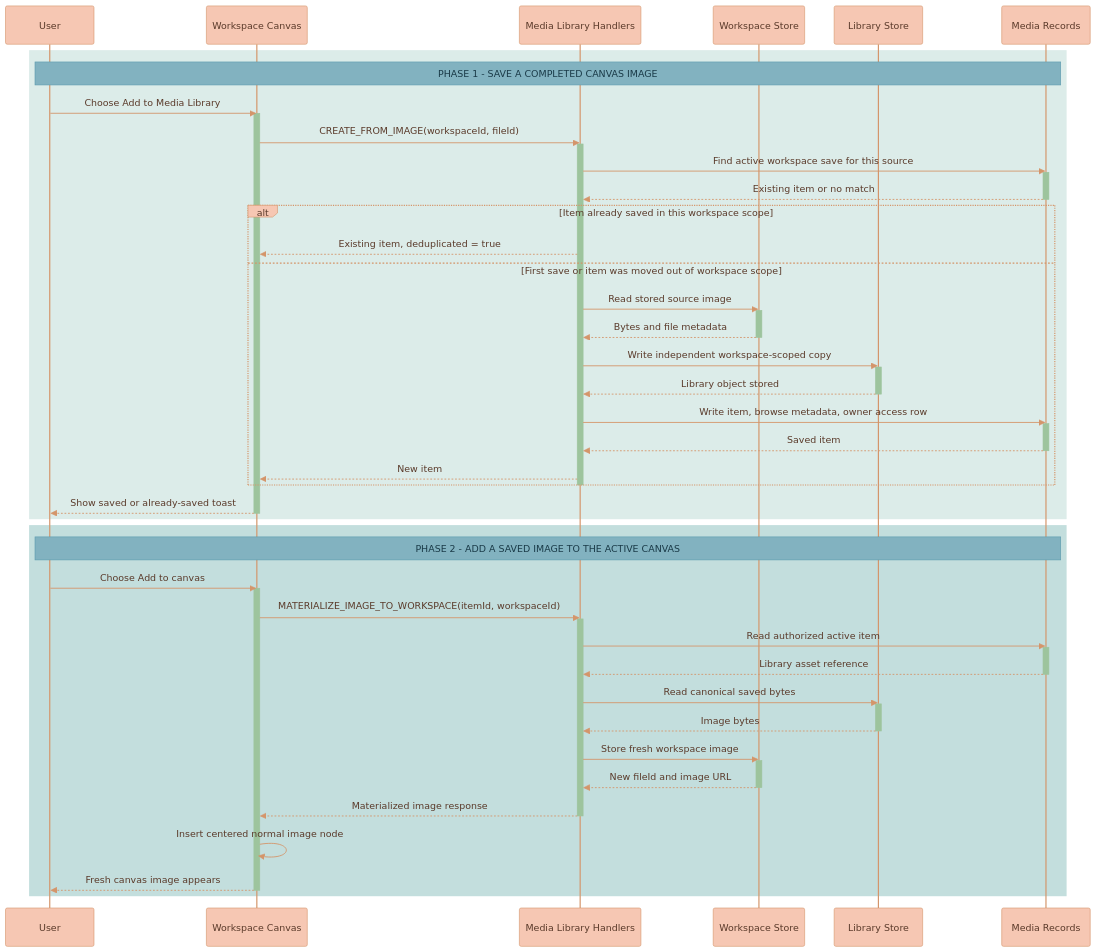
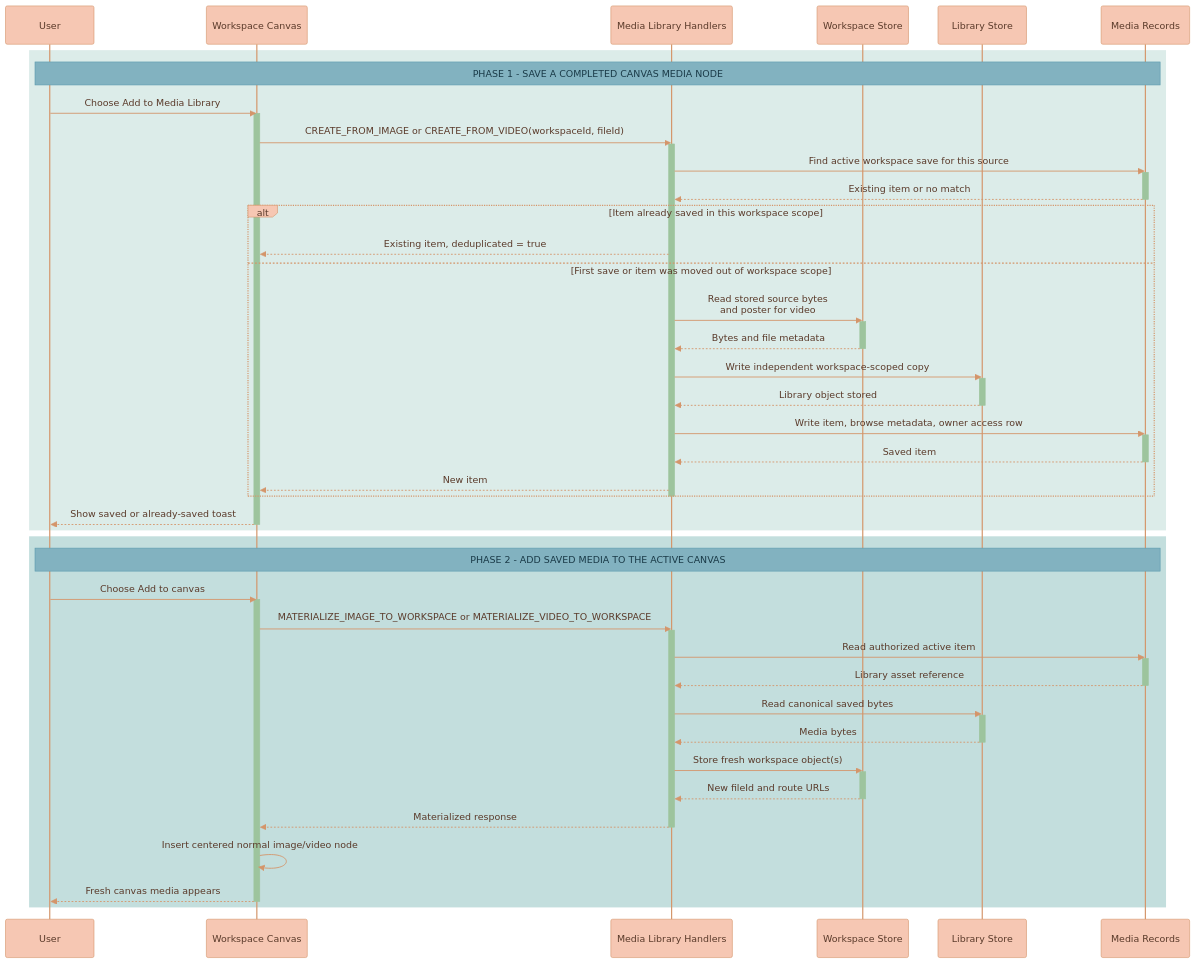
One commit to Lixpi/lixpi changed the second of 2 diagrams in documentation/features/MEDIA-LIBRARY.md. Above: the diagram before and after it, drawn with Mermaid. The commit also changed other lines of this file and 13 other files, not shown here.

````diff
--- a/documentation/features/MEDIA-LIBRARY.md
+++ b/documentation/features/MEDIA-LIBRARY.md
@@ -160,67 +167,67 @@
 ```mermaid
 %%{init: {'theme': 'base', 'themeVariables': { 'noteBkgColor': '#82B2C0', 'noteTextColor': '#1a3a47', 'noteBorderColor': '#5a9aad', 'actorBkg': '#F6C7B3', 'actorBorder': '#d4956a', 'actorTextColor': '#5a3a2a', 'actorLineColor': '#d4956a', 'signalColor': '#d4956a', 'signalTextColor': '#5a3a2a', 'labelBoxBkgColor': '#F6C7B3', 'labelBoxBorderColor': '#d4956a', 'labelTextColor': '#5a3a2a', 'loopTextColor': '#5a3a2a', 'activationBorderColor': '#9DC49D', 'activationBkgColor': '#9DC49D', 'sequenceNumberColor': '#5a3a2a'}}}%%
 sequenceDiagram
     participant User
     participant Canvas as Workspace Canvas
     participant Media as Media Library Handlers
     participant WS as Workspace Store
     participant LS as Library Store
     participant DB as Media Records
 
     rect rgb(220, 236, 233)
-        Note over User, DB: PHASE 1 - SAVE A COMPLETED CANVAS IMAGE
+        Note over User, DB: PHASE 1 - SAVE A COMPLETED CANVAS MEDIA NODE
         User->>Canvas: Choose Add to Media Library
         activate Canvas
-        Canvas->>Media: CREATE_FROM_IMAGE(workspaceId, fileId)
+        Canvas->>Media: CREATE_FROM_IMAGE or CREATE_FROM_VIDEO(workspaceId, fileId)
         activate Media
         Media->>DB: Find active workspace save for this source
         activate DB
         DB-->>Media: Existing item or no match
         deactivate DB
         alt Item already saved in this workspace scope
             Media-->>Canvas: Existing item, deduplicated = true
         else First save or item was moved out of workspace scope
-            Media->>WS: Read stored source image
+            Media->>WS: Read stored source bytes<br/>and poster for video
             activate WS
             WS-->>Media: Bytes and file metadata
             deactivate WS
             Media->>LS: Write independent workspace-scoped copy
             activate LS
             LS-->>Media: Library object stored
             deactivate LS
             Media->>DB: Write item, browse metadata, owner access row
             activate DB
             DB-->>Media: Saved item
             deactivate DB
             Media-->>Canvas: New item
         end
         deactivate Media
         Canvas-->>User: Show saved or already-saved toast
         deactivate Canvas
     end
 
     rect rgb(195, 222, 221)
-        Note over User, DB: PHASE 2 - ADD A SAVED IMAGE TO THE ACTIVE CANVAS
+        Note over User, DB: PHASE 2 - ADD SAVED MEDIA TO THE ACTIVE CANVAS
         User->>Canvas: Choose Add to canvas
         activate Canvas
-        Canvas->>Media: MATERIALIZE_IMAGE_TO_WORKSPACE(itemId, workspaceId)
+        Canvas->>Media: MATERIALIZE_IMAGE_TO_WORKSPACE or MATERIALIZE_VIDEO_TO_WORKSPACE
         activate Media
         Media->>DB: Read authorized active item
         activate DB
         DB-->>Media: Library asset reference
         deactivate DB
         Media->>LS: Read canonical saved bytes
         activate LS
-        LS-->>Media: Image bytes
+        LS-->>Media: Media bytes
         deactivate LS
-        Media->>WS: Store fresh workspace image
+        Media->>WS: Store fresh workspace object(s)
         activate WS
-        WS-->>Media: New fileId and image URL
+        WS-->>Media: New fileId and route URLs
         deactivate WS
-        Media-->>Canvas: Materialized image response
+        Media-->>Canvas: Materialized response
         deactivate Media
-        Canvas->>Canvas: Insert centered normal image node
-        Canvas-->>User: Fresh canvas image appears
+        Canvas->>Canvas: Insert centered normal image/video node
+        Canvas-->>User: Fresh canvas media appears
         deactivate Canvas
     end
 ```
````
